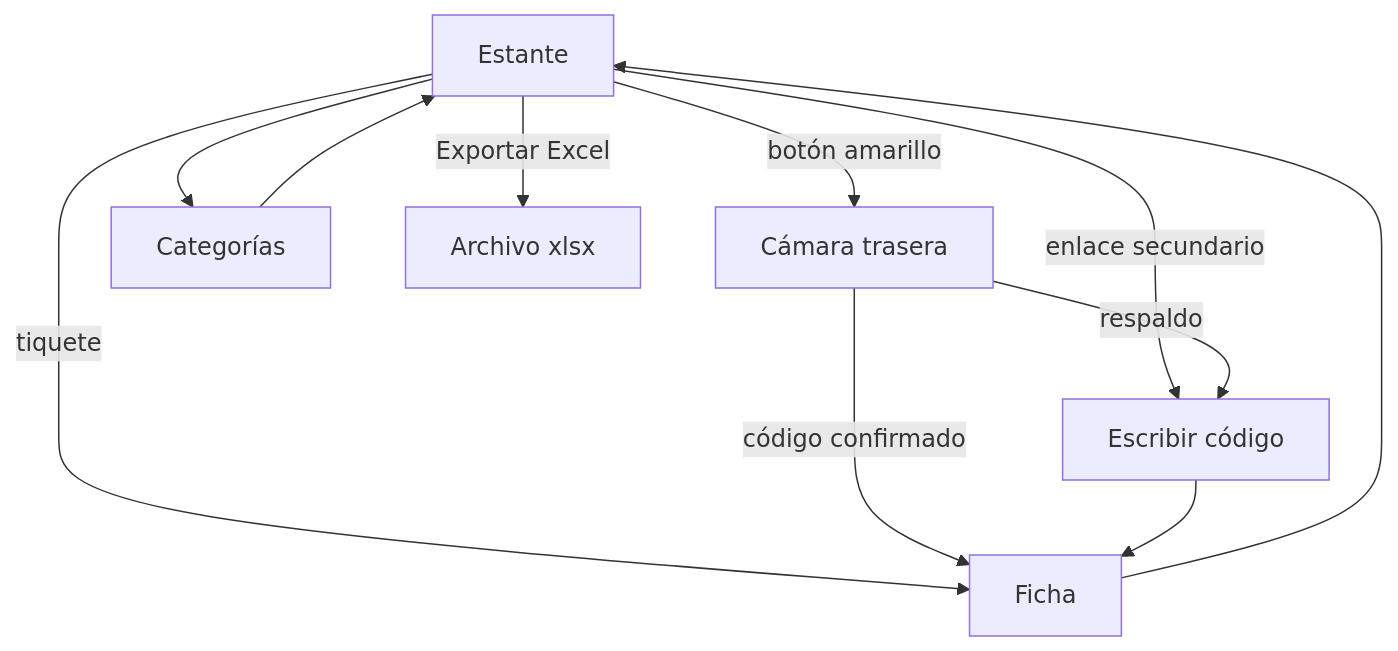
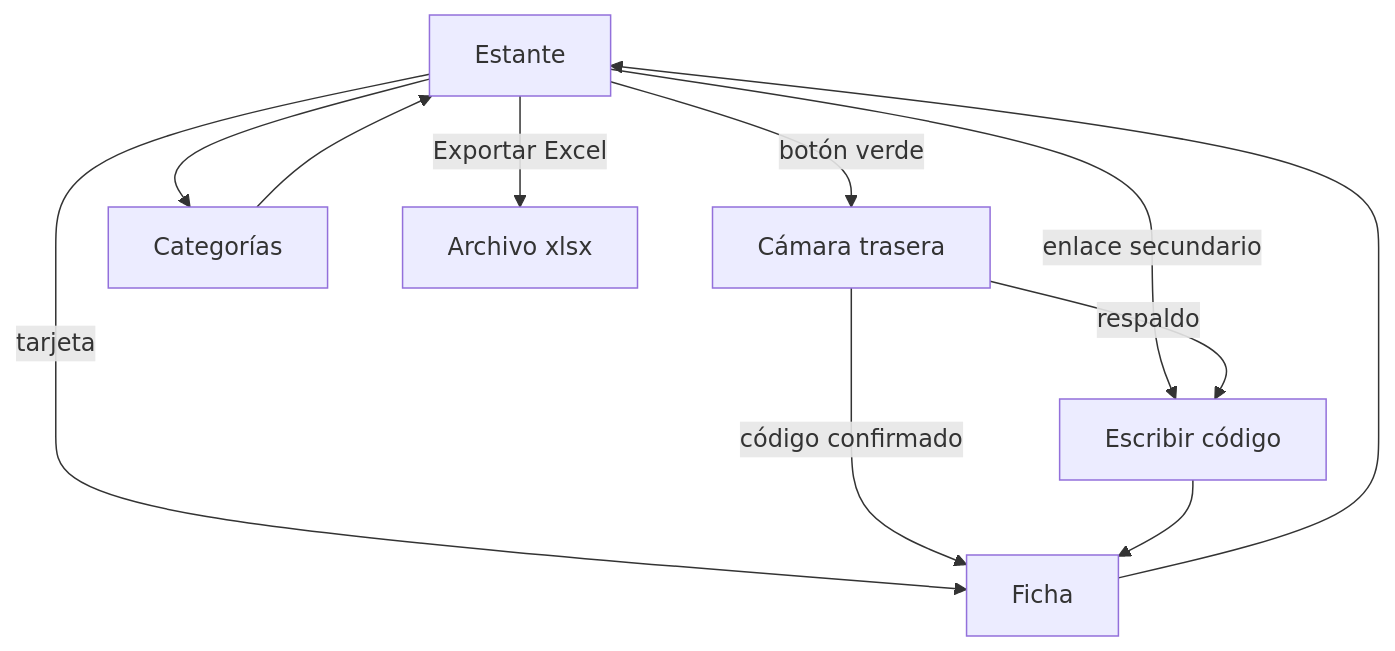
One commit to Sebastian11082003/inventario-codigos changed the diagram in docs/12-ux-ui/navigation-map.md. Above: the diagram before and after it, drawn with Mermaid. The commit also changed 14 other files, not shown here.

````diff
--- a/docs/12-ux-ui/navigation-map.md
+++ b/docs/12-ux-ui/navigation-map.md
@@ -3,18 +3,18 @@
 ```mermaid
 flowchart TD
   estante[Estante]
   cam[Cámara trasera]
   manual[Escribir código]
   ficha[Ficha]
   cats[Categorías]
-  estante -->|botón amarillo| cam
+  estante -->|botón verde| cam
   estante -->|enlace secundario| manual
   estante --> cats
-  estante -->|tiquete| ficha
+  estante -->|tarjeta| ficha
   cam -->|código confirmado| ficha
   cam -->|respaldo| manual
   manual --> ficha
   ficha --> estante
   cats --> estante
   estante -->|Exportar Excel| archivo[Archivo xlsx]
 ```
````
